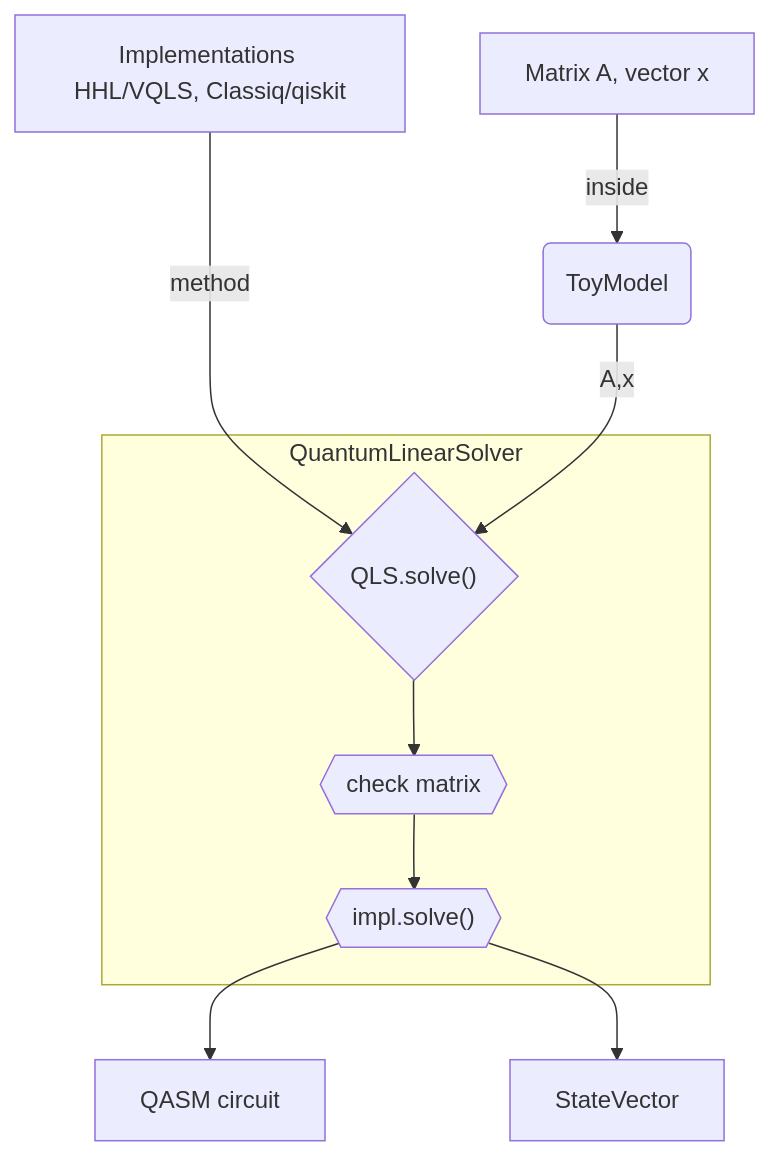
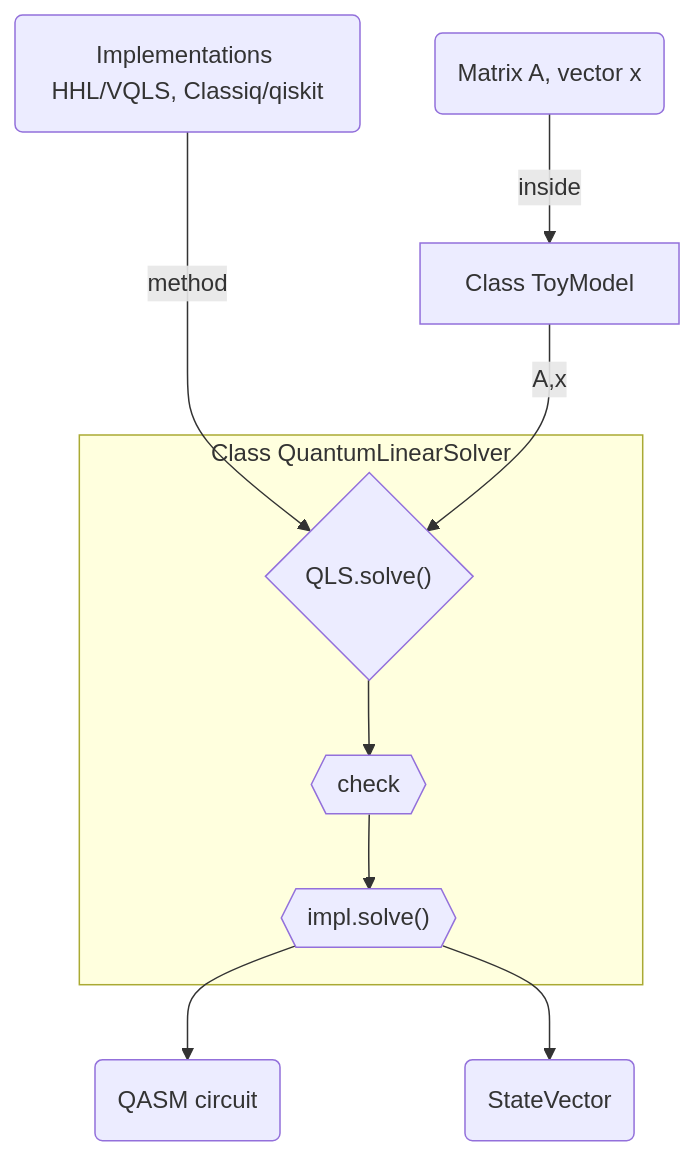
The diagram in README.md (SURFQuantum/qc-quantum-linear-systems), drawn with Mermaid before and after one commit.

Commit message:
final version mermaid diagram

````diff
--- a/README.md
+++ b/README.md
@@ -41,12 +41,12 @@
 ```mermaid
 flowchart TD
-    A[Matrix A, vector x] -->|inside| B(ToyModel)
-    subgraph QuantumLinearSolver
-        D{"QLS.solve()"} --> CH{{check matrix}}
+    subgraph Class QuantumLinearSolver
+        D{"QLS.solve()"} --> CH{{check}}
         CH --> S{{"impl.solve()"}}
     end
-    M[Implementations HHL/VQLS, Classiq/qiskit] ---> |method| D
+    A(Matrix A, vector x) -->|inside| B[Class ToyModel]
+    M(Implementations HHL/VQLS, Classiq/qiskit) ---> |method| D
     B --> |A,x| D
-    S --> Q[QASM circuit]
-    S --> V[StateVector]
+    S --> Q(QASM circuit)
+    S --> V(StateVector)
 ```
````
